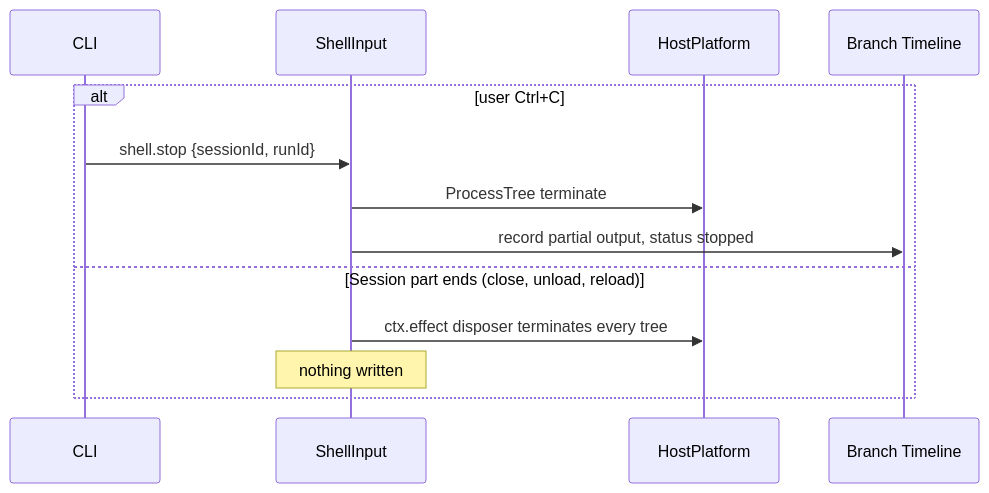
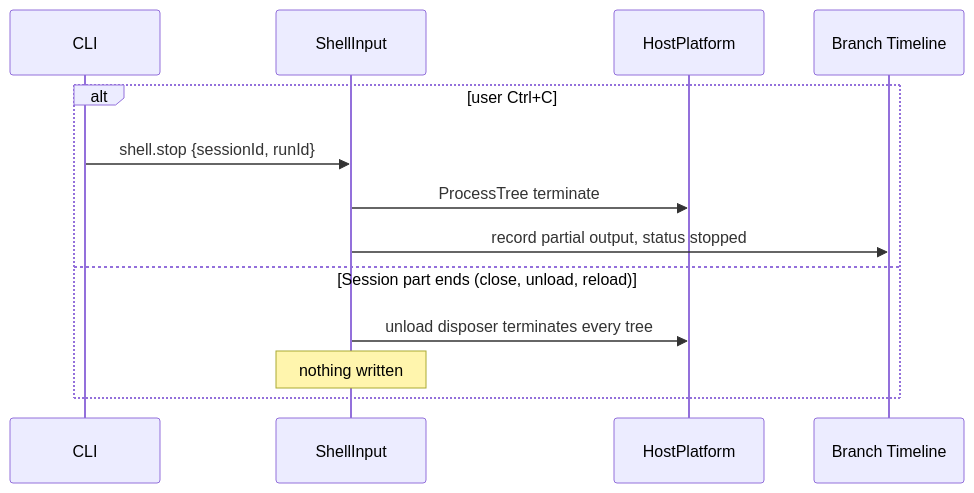
Before and after one commit to CoutinhoTTS/dim-agent: the fourth of 5 diagrams in docs/design/plugins/ShellInput.md, drawn with Mermaid. The commit also changed other lines of this file and 3 other files, not shown here.

````diff
--- a/docs/design/plugins/ShellInput.md
+++ b/docs/design/plugins/ShellInput.md
@@ -89,15 +89,15 @@
 ```mermaid
 sequenceDiagram
   participant C as CLI
   participant SI as ShellInput
   participant HP as HostPlatform
   participant TL as Branch Timeline
   alt user Ctrl+C
     C->>SI: shell.stop {sessionId, runId}
     SI->>HP: ProcessTree terminate
     SI->>TL: record partial output, status stopped
   else Session part ends (close, unload, reload)
-    SI->>HP: ctx.effect disposer terminates every tree
+    SI->>HP: unload disposer terminates every tree
     Note over SI: nothing written
   end
 ```
````
